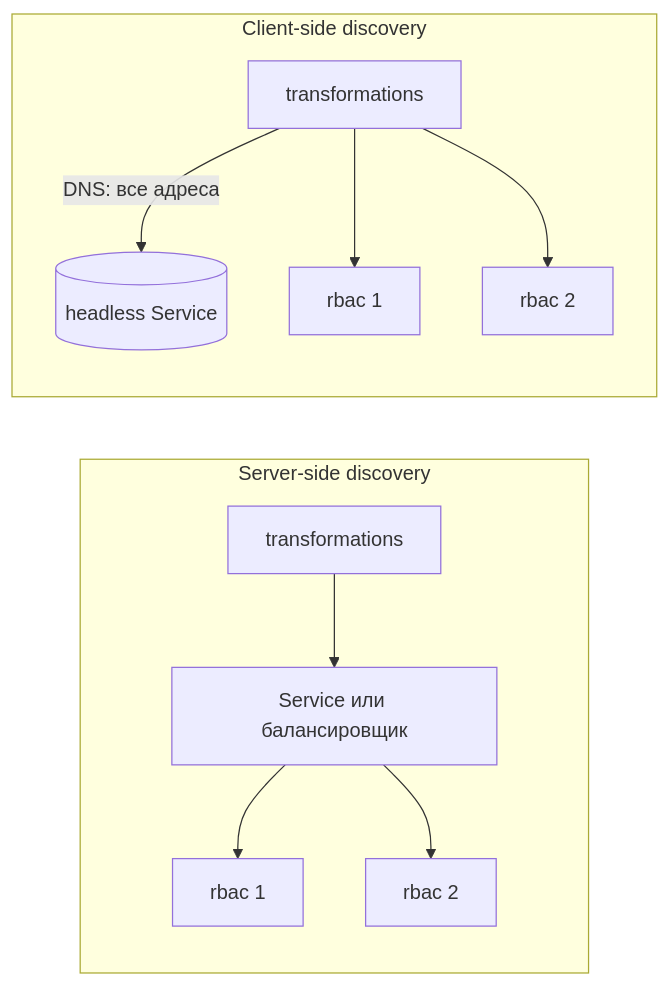
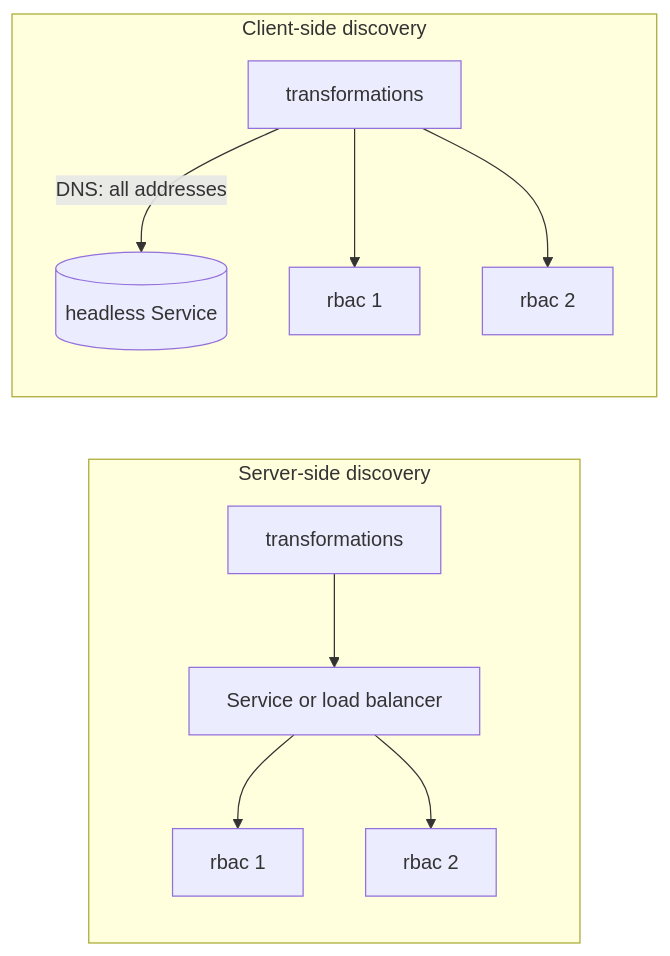
One commit to pavel-skripko-innowise/inno-fe-be-a1 changed the second of 4 diagrams in courses-content/backend/B/1/en/0.2 Синхронное взаимодействие.md. Above: the diagram before and after it, drawn with Mermaid. The commit also changed other lines of this file and 35 other files, not shown here.

````diff
--- a/courses-content/backend/B/1/en/0.2 Синхронное взаимодействие.md
+++ b/courses-content/backend/B/1/en/0.2 Синхронное взаимодействие.md
@@ -120,13 +120,13 @@
 ```mermaid
 flowchart LR
   subgraph serverSide [Server-side discovery]
-    T1[transformations] --> Lb[Service или балансировщик]
+    T1[transformations] --> Lb[Service or load balancer]
     Lb --> R1[rbac 1]
     Lb --> R2[rbac 2]
   end
   subgraph clientSide [Client-side discovery]
-    T2[transformations] -->|"DNS: все адреса"| Dns[(headless Service)]
+    T2[transformations] -->|"DNS: all addresses"| Dns[(headless Service)]
     T2 --> R3[rbac 1]
     T2 --> R4[rbac 2]
   end
 ```
````
